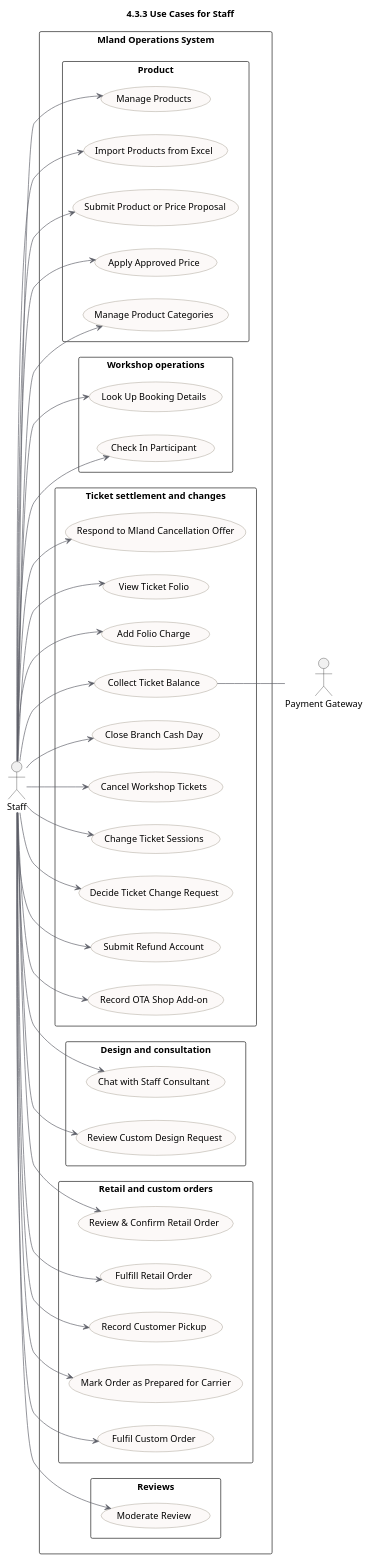
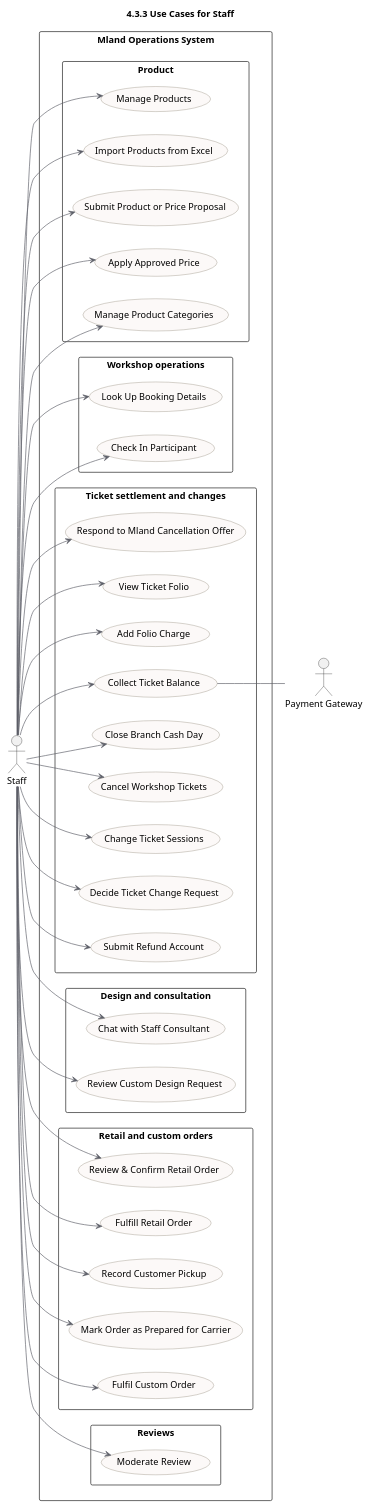
The diagram in documents/docs/report-3-software-requirement-specification/assets/diagrams/use-cases/04-staff-only.puml (quoc-ca/mland-operations-hub), drawn with PlantUML before and after one commit. The commit also changed 44 other files, not shown here.

```diff
--- a/documents/docs/report-3-software-requirement-specification/assets/diagrams/use-cases/04-staff-only.puml
+++ b/documents/docs/report-3-software-requirement-specification/assets/diagrams/use-cases/04-staff-only.puml
@@ -1,83 +1,81 @@
 @startuml
 !pragma charset UTF-8
 title 4.3.3 Use Cases for Staff
 left to right direction
 skinparam shadowing false
 skinparam packageStyle rectangle
 skinparam usecase {
   BackgroundColor #FCF9F8
   BorderColor #807663
   ArrowColor #5B5E67
 }
 
 actor Staff
 actor "Payment Gateway" as PaymentGateway
 
 rectangle "Mland Operations System" {
   package "Product" {
     usecase "Manage Products" as UC12
     usecase "Import Products from Excel" as UC13
     usecase "Submit Product or Price Proposal" as UC14
     usecase "Apply Approved Price" as UC16
     usecase "Manage Product Categories" as UC18
   }
   package "Workshop operations" {
     usecase "Look Up Booking Details" as UC23
     usecase "Check In Participant" as UC24
   }
   package "Ticket settlement and changes" {
     usecase "Respond to Mland Cancellation Offer" as UC88
     usecase "View Ticket Folio" as UC77
     usecase "Add Folio Charge" as UC78
     usecase "Collect Ticket Balance" as UC79
     usecase "Close Branch Cash Day" as UC83
     usecase "Cancel Workshop Tickets" as UC84
     usecase "Change Ticket Sessions" as UC85
     usecase "Decide Ticket Change Request" as UC86
     usecase "Submit Refund Account" as UC89
-    usecase "Record OTA Shop Add-on" as UC95
   }
   package "Design and consultation" {
     usecase "Chat with Staff Consultant" as UC38
     usecase "Review Custom Design Request" as UC40
   }
   package "Retail and custom orders" {
     usecase "Review & Confirm Retail Order" as UC58
     usecase "Fulfill Retail Order" as UC59
     usecase "Record Customer Pickup" as UC60
     usecase "Mark Order as Prepared for Carrier" as UC61
     usecase "Fulfil Custom Order" as UC73
   }
   package "Reviews" {
     usecase "Moderate Review" as UC76
   }
 }
 
 Staff --> UC12
 Staff --> UC13
 Staff --> UC14
 Staff --> UC16
 Staff --> UC18
 Staff --> UC23
 Staff --> UC24
 Staff --> UC77
 Staff --> UC88
 Staff --> UC78
 Staff --> UC79
 Staff --> UC83
 Staff --> UC84
 Staff --> UC85
 Staff --> UC86
 Staff --> UC89
-Staff --> UC95
 Staff --> UC38
 Staff --> UC40
 Staff --> UC58
 Staff --> UC59
 Staff --> UC60
 Staff --> UC61
 Staff --> UC73
 Staff --> UC76
 
 UC79 -- PaymentGateway
 @enduml
```
